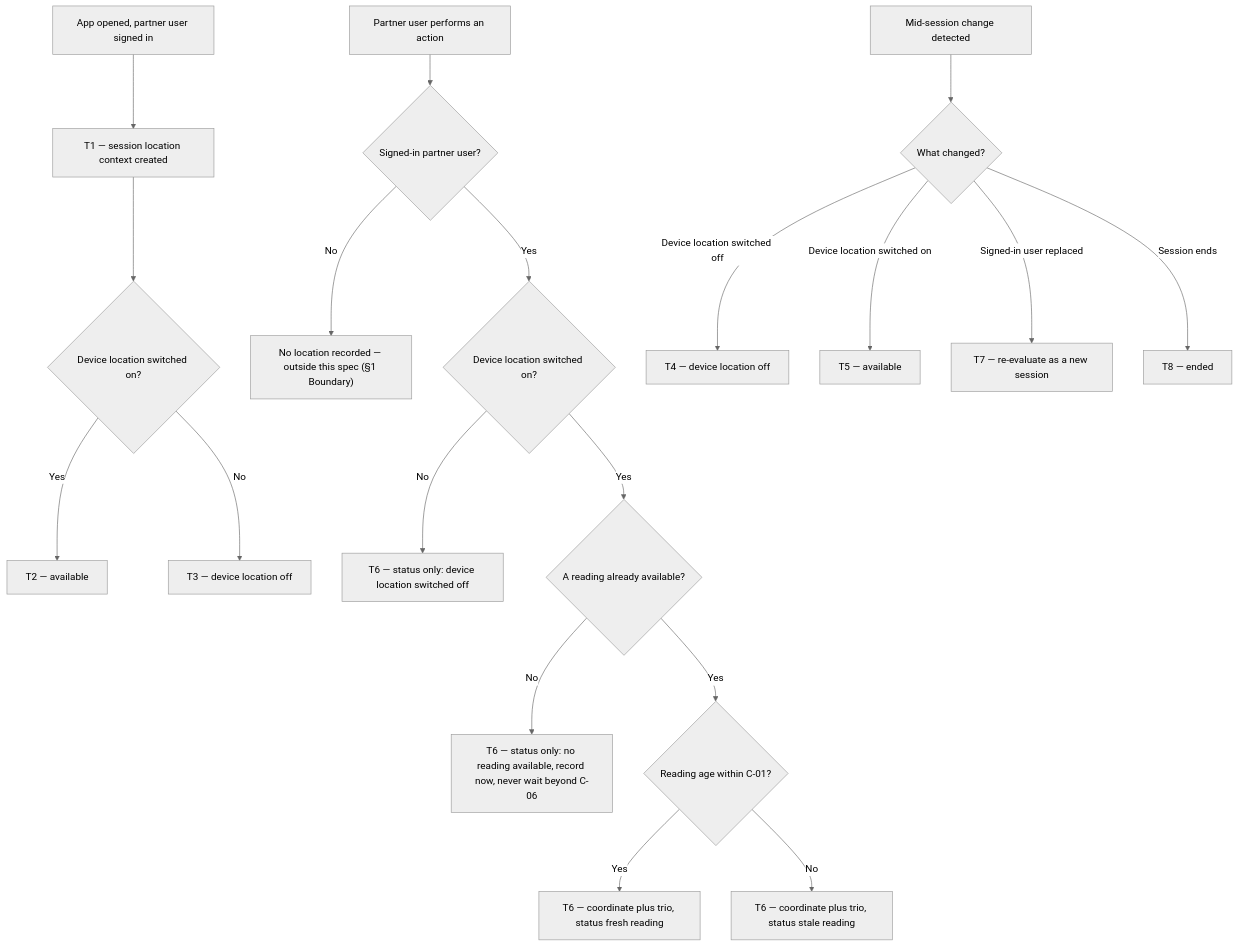
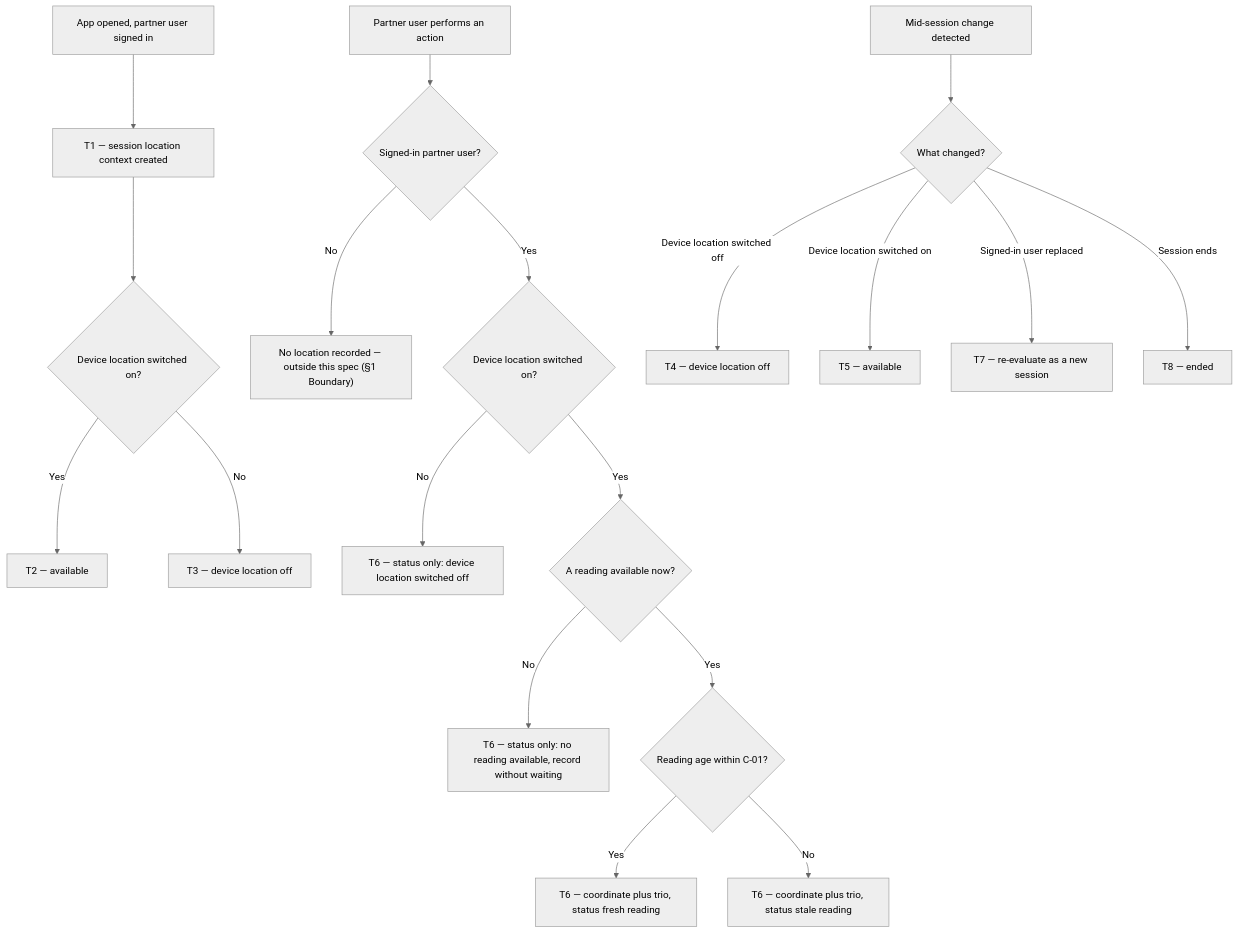
Before and after one commit to ashish-raj-wiom/partner-action-location: the diagram in Partner_Action_Location_PRD.md, drawn with Mermaid (neutral theme). The commit also changed other lines of this file and 2 other files, not shown here.

````diff
--- a/Partner_Action_Location_PRD.md
+++ b/Partner_Action_Location_PRD.md
@@ -58,23 +57,23 @@
 ```mermaid
 flowchart TD
     A["App opened, partner user signed in"] --> B["T1 — session location context created"]
     B --> C{"Device location switched on?"}
     C -- "Yes" --> D["T2 — available"]
     C -- "No" --> E["T3 — device location off"]
 
     F["Partner user performs an action"] --> G{"Signed-in partner user?"}
     G -- "No" --> H["No location recorded — outside this spec (§1 Boundary)"]
     G -- "Yes" --> I{"Device location switched on?"}
     I -- "No" --> J["T6 — status only: device location switched off"]
-    I -- "Yes" --> K{"A reading already available?"}
-    K -- "No" --> L["T6 — status only: no reading available, record now, never wait beyond C-06"]
+    I -- "Yes" --> K{"A reading available now?"}
+    K -- "No" --> L["T6 — status only: no reading available, record without waiting"]
     K -- "Yes" --> M{"Reading age within C-01?"}
     M -- "Yes" --> N["T6 — coordinate plus trio, status fresh reading"]
     M -- "No" --> O["T6 — coordinate plus trio, status stale reading"]
 
     P["Mid-session change detected"] --> Q{"What changed?"}
     Q -- "Device location switched off" --> R["T4 — device location off"]
     Q -- "Device location switched on" --> S["T5 — available"]
     Q -- "Signed-in user replaced" --> T["T7 — re-evaluate as a new session"]
     Q -- "Session ends" --> U["T8 — ended"]
 ```
````
